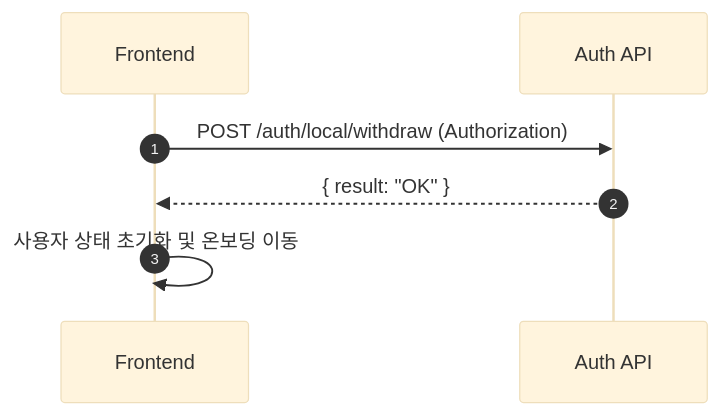
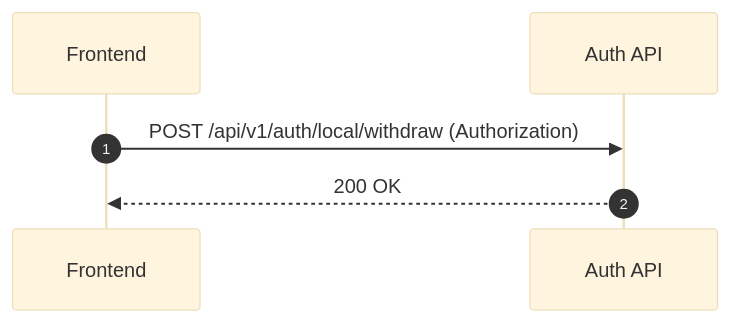
The fourth of 5 diagrams in docs/guides/README_FRONTEND_API.md (SooLee99/soo-auth-service), drawn with Mermaid (base theme) before and after one commit. The commit also changed other lines of this file and 5 other files, not shown here.

````diff
--- a/docs/guides/README_FRONTEND_API.md
+++ b/docs/guides/README_FRONTEND_API.md
@@ -131,10 +108,9 @@
 ```mermaid
 sequenceDiagram
     autonumber
     participant FE as Frontend
     participant API as Auth API
 
-    FE->>API: POST /auth/local/withdraw (Authorization)
-    API-->>FE: { result: "OK" }
-    FE->>FE: 사용자 상태 초기화 및 온보딩 이동
+    FE->>API: POST /api/v1/auth/local/withdraw (Authorization)
+    API-->>FE: 200 OK
 ```
````
